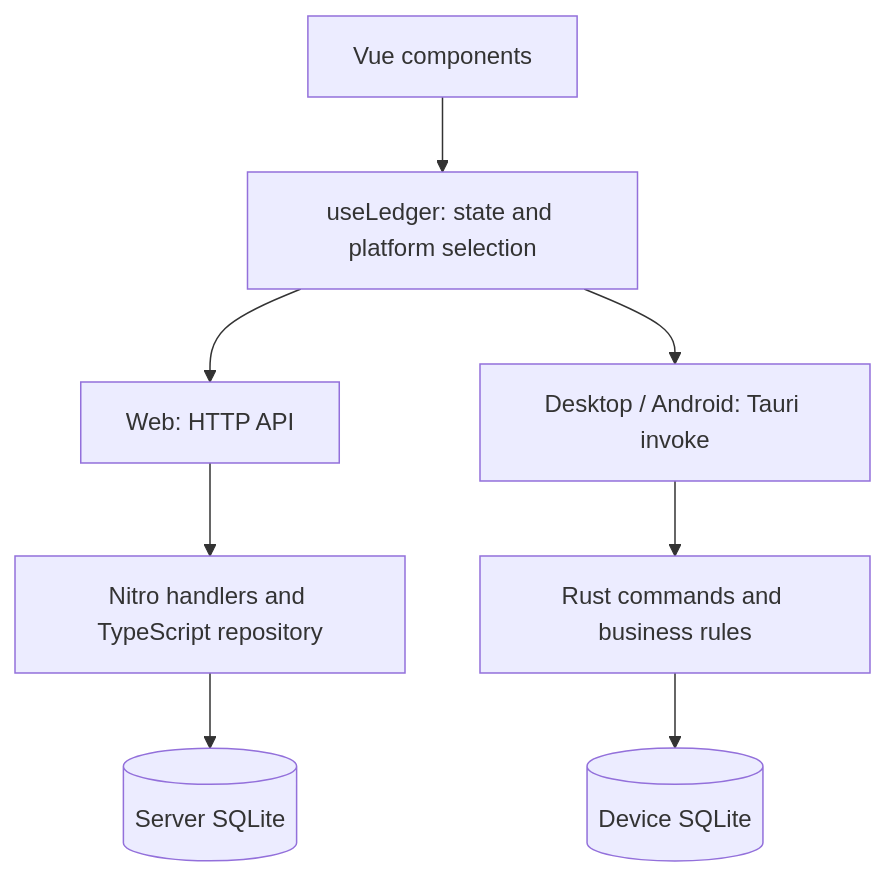
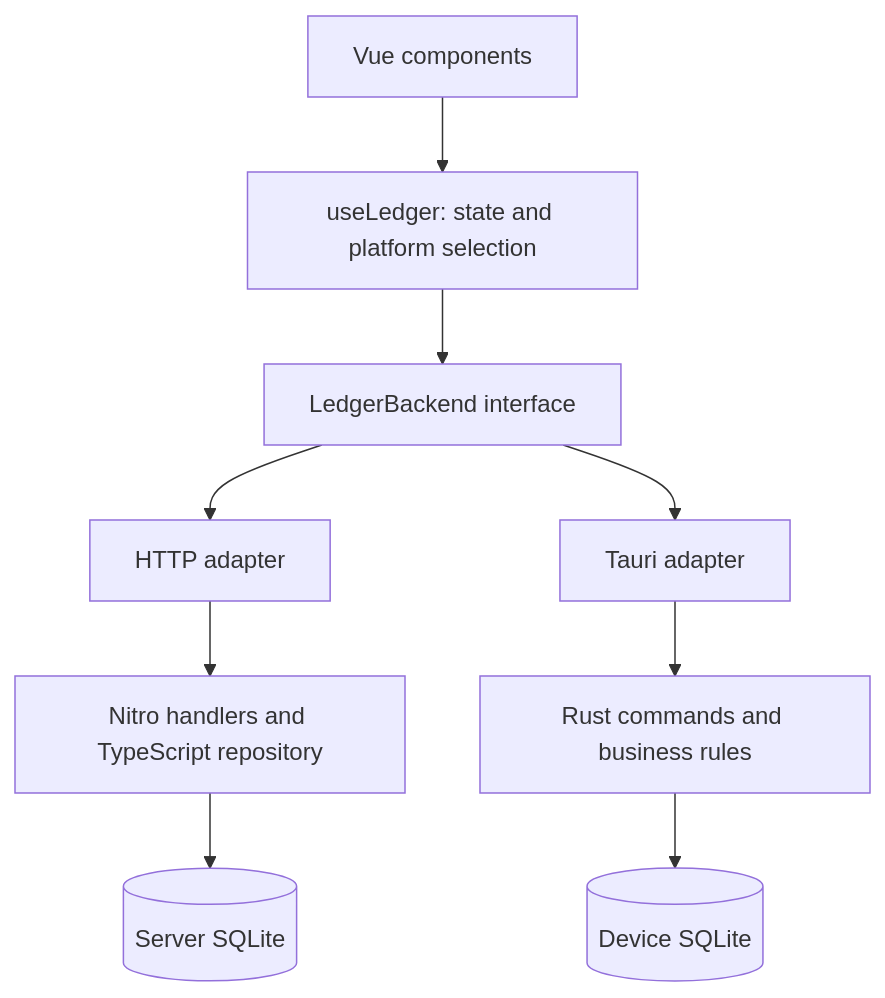
One commit to cybai6767/PocketLedger changed the diagram in docs/architecture.md. Above: the diagram before and after it, drawn with Mermaid. The commit also changed other lines of this file and 26 other files, not shown here.

````diff
--- a/docs/architecture.md
+++ b/docs/architecture.md
@@ -9,10 +9,11 @@
 ```mermaid
 flowchart TD
     UI[Vue components] --> State[useLedger: state and platform selection]
-    State --> HTTP[Web: HTTP API]
-    State --> IPC[Desktop / Android: Tauri invoke]
+    State --> Backend[LedgerBackend interface]
+    Backend --> HTTP[HTTP adapter]
+    Backend --> IPC[Tauri adapter]
     HTTP --> Nitro[Nitro handlers and TypeScript repository]
     IPC --> Rust[Rust commands and business rules]
     Nitro --> ServerDB[(Server SQLite)]
     Rust --> LocalDB[(Device SQLite)]
 ```
````
